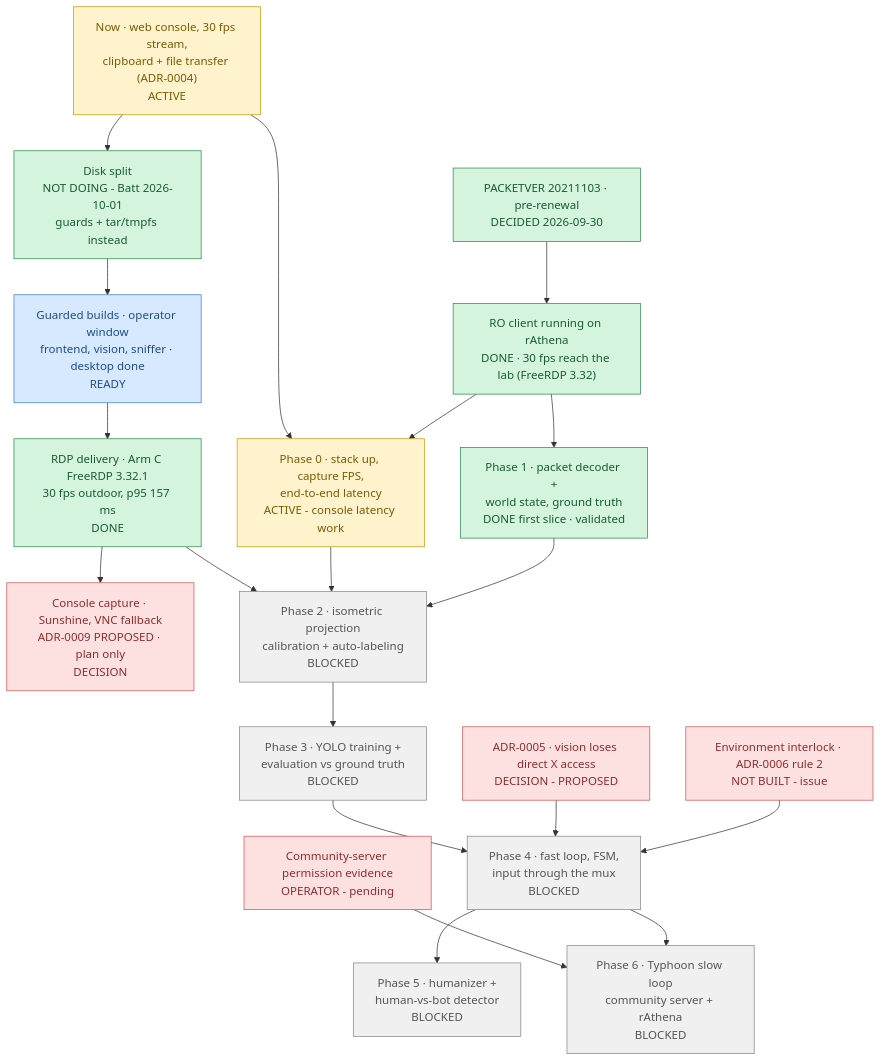
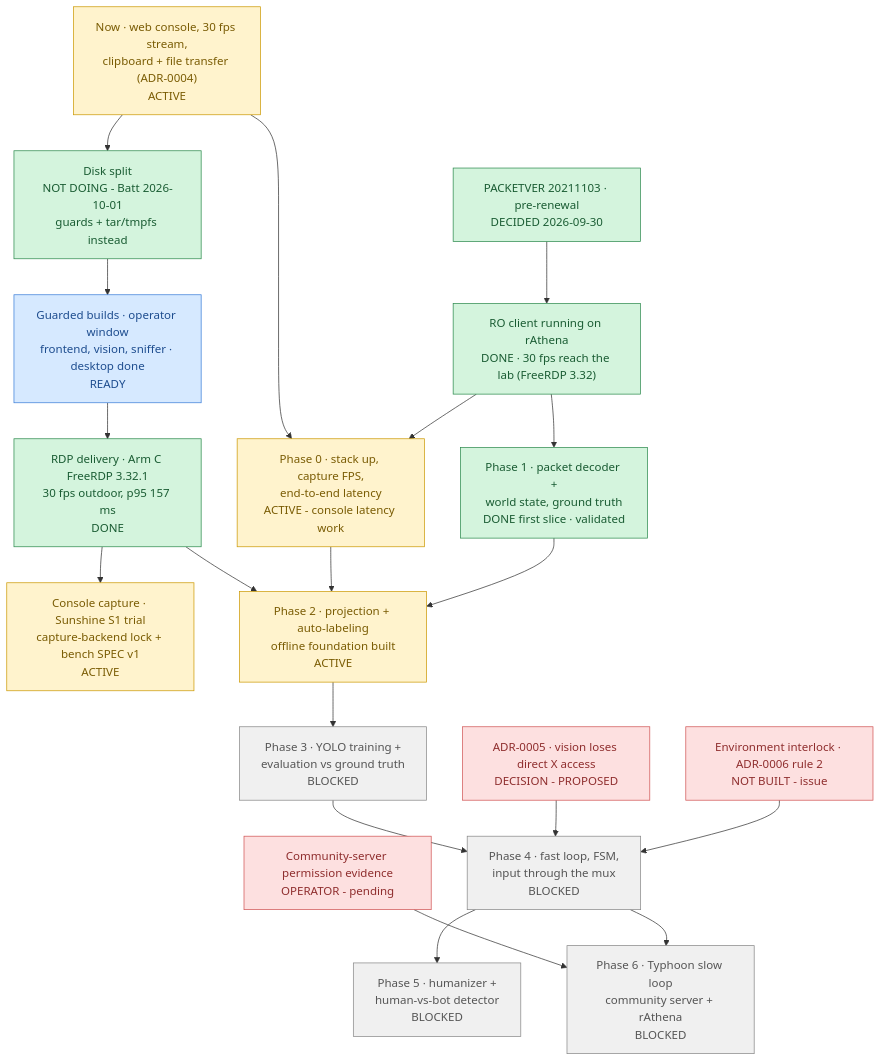
One commit to lumduan/poring-lab changed the diagram in docs/ROADMAP.md. Above: the diagram before and after it, drawn with Mermaid. The commit also changed other lines of this file and 2 other files, not shown here.

First line of the commit message:
docs: ROADMAP (Ideas/parked; Phase 2 and console capture active), README + CLAUDE.md for the new tools

````diff
--- a/docs/ROADMAP.md
+++ b/docs/ROADMAP.md
@@ -11,50 +11,50 @@
 ```mermaid
 flowchart TD
     N1["Now · web console, 30 fps stream,<br/>clipboard + file transfer (ADR-0004)<br/>ACTIVE"]
     N2["Disk split<br/>NOT DOING - Batt 2026-10-01<br/>guards + tar/tmpfs instead"]
     N3["Guarded builds · operator window<br/>frontend, vision, sniffer · desktop done<br/>READY"]
     D1["PACKETVER 20211103 · pre-renewal<br/>DECIDED 2026-09-30"]
     S1["RO client running on rAthena<br/>DONE · 30 fps reach the lab (FreeRDP 3.32)"]
     D2["ADR-0005 · vision loses direct X access<br/>DECISION - PROPOSED"]
     D3["Environment interlock · ADR-0006 rule 2<br/>NOT BUILT - issue"]
     E1["Community-server permission evidence<br/>OPERATOR - pending"]
     P0["Phase 0 · stack up, capture FPS,<br/>end-to-end latency<br/>ACTIVE - console latency work"]
     P1["Phase 1 · packet decoder +<br/>world state, ground truth<br/>DONE first slice · validated"]
     H1["RDP delivery · Arm C FreeRDP 3.32.1<br/>30 fps outdoor, p95 157 ms<br/>DONE"]
-    C1["Console capture · Sunshine, VNC fallback<br/>ADR-0009 PROPOSED · plan only<br/>DECISION"]
-    P2["Phase 2 · isometric projection<br/>calibration + auto-labeling<br/>BLOCKED"]
+    C1["Console capture · Sunshine S1 trial<br/>capture-backend lock + bench SPEC v1<br/>ACTIVE"]
+    P2["Phase 2 · projection + auto-labeling<br/>offline foundation built<br/>ACTIVE"]
     P3["Phase 3 · YOLO training +<br/>evaluation vs ground truth<br/>BLOCKED"]
     P4["Phase 4 · fast loop, FSM,<br/>input through the mux<br/>BLOCKED"]
     P5["Phase 5 · humanizer +<br/>human-vs-bot detector<br/>BLOCKED"]
     P6["Phase 6 · Typhoon slow loop<br/>community server + rAthena<br/>BLOCKED"]
 
     N1 --> N2 --> N3
     N3 --> H1
     H1 --> C1
     H1 --> P2
     D1 --> S1
     N1 --> P0
     S1 --> P0
     S1 --> P1
     P0 --> P2
     P1 --> P2
     P2 --> P3 --> P4
     D2 --> P4
     D3 --> P4
     E1 --> P6
     P4 --> P5
     P4 --> P6
 
     classDef done     fill:#d4f4dd,stroke:#2d8a4e,color:#1a5c33
     classDef active   fill:#fff3cd,stroke:#cc9a06,color:#7a5c04
     classDef ready    fill:#d6e9ff,stroke:#3b7dd8,color:#1e4d8f
     classDef blocked  fill:#f0f0f0,stroke:#888,color:#555
     classDef decision fill:#fde0e0,stroke:#d05555,color:#8f2e2e
     classDef goal     fill:#ede0fb,stroke:#8a5cd8,color:#4d2e8f
 
     class D1,S1,P1,N2,H1 done
-    class N1,P0 active
+    class N1,P0,C1,P2 active
     class N3 ready
-    class D2,D3,E1,C1 decision
-    class P2,P3,P4,P5,P6 blocked
+    class D2,D3,E1 decision
+    class P3,P4,P5,P6 blocked
 ```
````
